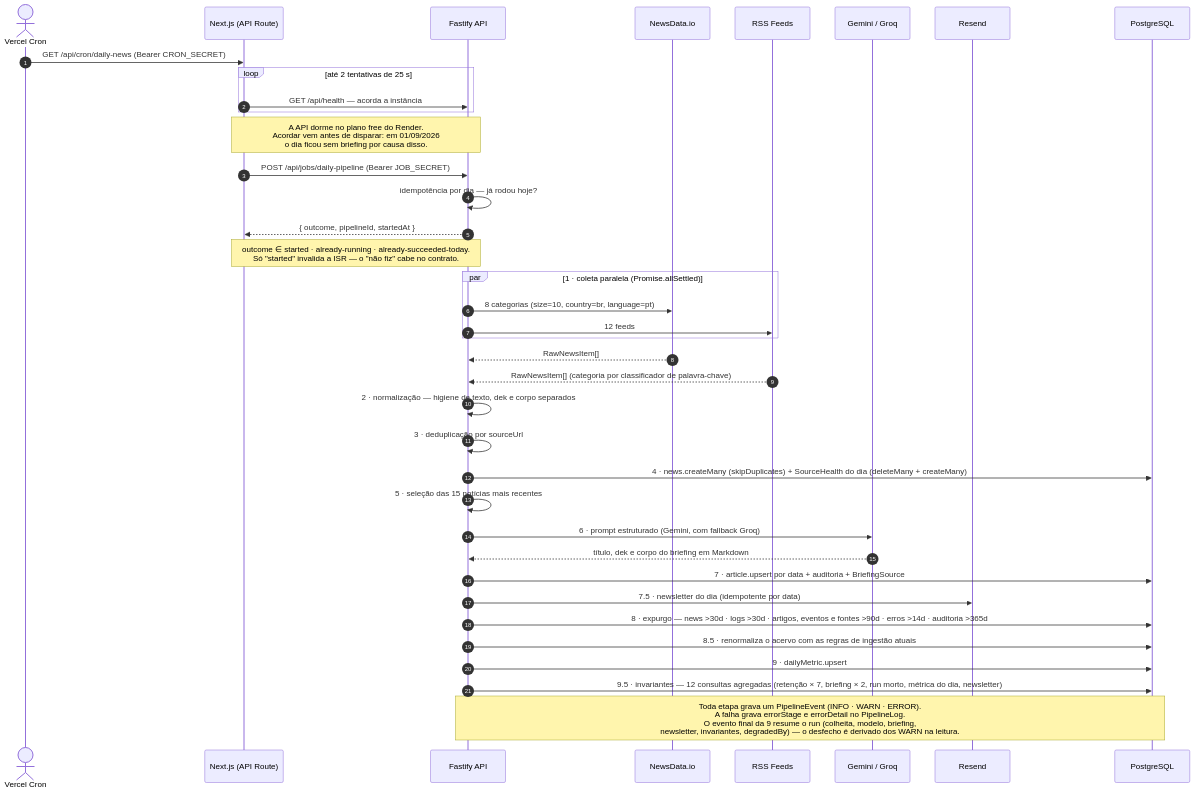
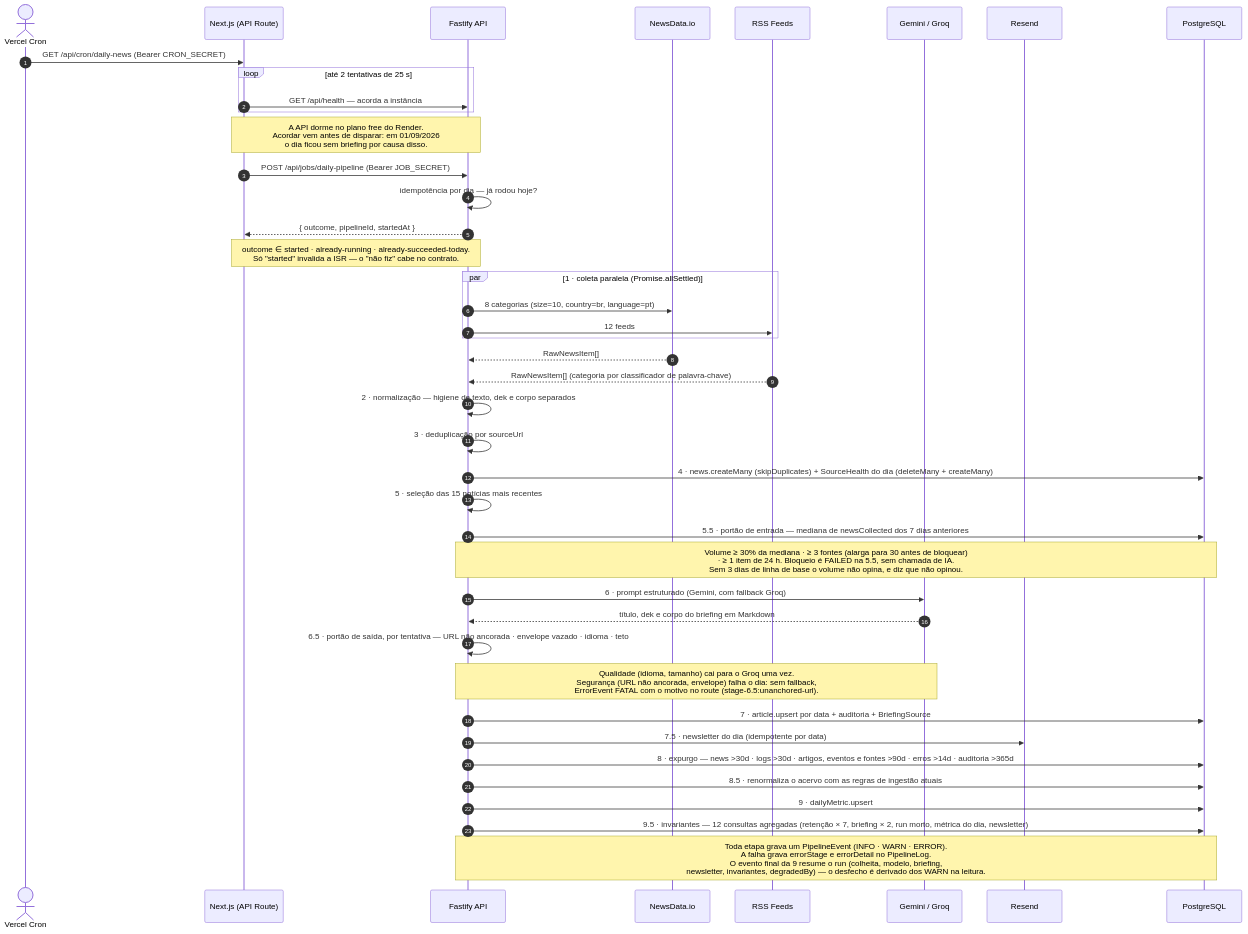
Before and after one commit to tavinholoco/newra-news: the diagram in docs/diagrams/pipeline-sequence.mermaid, drawn with Mermaid. The commit also changed 41 other files, not shown here.

```diff
--- a/docs/diagrams/pipeline-sequence.mermaid
+++ b/docs/diagrams/pipeline-sequence.mermaid
@@ -1,52 +1,60 @@
 %% Diagrama de Sequência do Pipeline Diário — Newra News
 %% ---
-%% Atualizado em 16/09/2026. São **12 etapas**: 1–7, 7.5 (newsletter), 8, 8.5
-%% (renormalização), 9 e 9.5 (invariantes). As cinco não críticas — 7.5, 8,
-%% 8.5, 9 e 9.5 — falham sem abortar o pipeline; desde a Fase 11 do plano de
-%% observabilidade a escrita da SourceHealth, no fim da 4, também não aborta
-%% (WARN da etapa 4). A 9.5 (Fase 6) confere o que as anteriores deveriam ter
-%% deixado: violação vira ErrorEvent por invariante, não WARN do run.
+%% Atualizado em 19/09/2026. São **14 etapas**: 1–5, 5.5 (portão de entrada),
+%% 6, 6.5 (portão de saída), 7, 7.5 (newsletter), 8, 8.5 (renormalização), 9 e
+%% 9.5 (invariantes). As cinco não críticas — 7.5, 8, 8.5, 9 e 9.5 — falham
+%% sem abortar o pipeline; desde a Fase 11 do plano de observabilidade a
+%% escrita da SourceHealth, no fim da 4, também não aborta (WARN da etapa 4).
+%% A 9.5 (Fase 6) confere o que as anteriores deveriam ter deixado: violação
+%% vira ErrorEvent por invariante, não WARN do run. Os dois portões (Fase 9)
+%% bloqueiam: a 5.5 falha o dia sem gastar a chamada de IA; a 6.5 roda por
+%% tentativa dentro da 6 — qualidade cai para o Groq uma vez, segurança falha
+%% o dia sem fallback.
 sequenceDiagram
     autonumber
     actor VC as Vercel Cron
     participant NX as Next.js (API Route)
     participant API as Fastify API
     participant ND as NewsData.io
     participant RSS as RSS Feeds
     participant IA as Gemini / Groq
     participant RES as Resend
     participant DB as PostgreSQL
 
     VC->>NX: GET /api/cron/daily-news (Bearer CRON_SECRET)
 
     loop até 2 tentativas de 25 s
         NX->>API: GET /api/health — acorda a instância
     end
     Note over NX,API: A API dorme no plano free do Render.<br/>Acordar vem antes de disparar: em 01/09/2026<br/>o dia ficou sem briefing por causa disso.
 
     NX->>API: POST /api/jobs/daily-pipeline (Bearer JOB_SECRET)
     API->>API: idempotência por dia — já rodou hoje?
     API-->>NX: { outcome, pipelineId, startedAt }
     Note over NX,API: outcome ∈ started · already-running · already-succeeded-today.<br/>Só "started" invalida a ISR — o "não fiz" cabe no contrato.
 
     par 1 · coleta paralela (Promise.allSettled)
         API->>ND: 8 categorias (size=10, country=br, language=pt)
         API->>RSS: 12 feeds
     end
     ND-->>API: RawNewsItem[]
     RSS-->>API: RawNewsItem[] (categoria por classificador de palavra-chave)
 
     API->>API: 2 · normalização — higiene de texto, dek e corpo separados
     API->>API: 3 · deduplicação por sourceUrl
     API->>DB: 4 · news.createMany (skipDuplicates) + SourceHealth do dia (deleteMany + createMany)
     API->>API: 5 · seleção das 15 notícias mais recentes
+    API->>DB: 5.5 · portão de entrada — mediana de newsCollected dos 7 dias anteriores
+    Note over API,DB: Volume ≥ 30% da mediana · ≥ 3 fontes (alarga para 30 antes de bloquear)<br/>· ≥ 1 item de 24 h. Bloqueio é FAILED na 5.5, sem chamada de IA.<br/>Sem 3 dias de linha de base o volume não opina, e diz que não opinou.
     API->>IA: 6 · prompt estruturado (Gemini, com fallback Groq)
     IA-->>API: título, dek e corpo do briefing em Markdown
+    API->>API: 6.5 · portão de saída, por tentativa — URL não ancorada · envelope vazado · idioma · teto
+    Note over API,IA: Qualidade (idioma, tamanho) cai para o Groq uma vez.<br/>Segurança (URL não ancorada, envelope) falha o dia: sem fallback,<br/>ErrorEvent FATAL com o motivo no route (stage-6.5:unanchored-url).
     API->>DB: 7 · article.upsert por data + auditoria + BriefingSource
     API->>RES: 7.5 · newsletter do dia (idempotente por data)
     API->>DB: 8 · expurgo — news >30d · logs >30d · artigos, eventos e fontes >90d · erros >14d · auditoria >365d
     API->>DB: 8.5 · renormaliza o acervo com as regras de ingestão atuais
     API->>DB: 9 · dailyMetric.upsert
     API->>DB: 9.5 · invariantes — 12 consultas agregadas (retenção × 7, briefing × 2, run morto, métrica do dia, newsletter)
 
     Note over API,DB: Toda etapa grava um PipelineEvent (INFO · WARN · ERROR).<br/>A falha grava errorStage e errorDetail no PipelineLog.<br/>O evento final da 9 resume o run (colheita, modelo, briefing,<br/>newsletter, invariantes, degradedBy) — o desfecho é derivado dos WARN na leitura.
```
